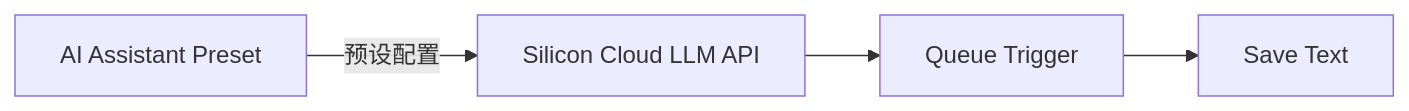
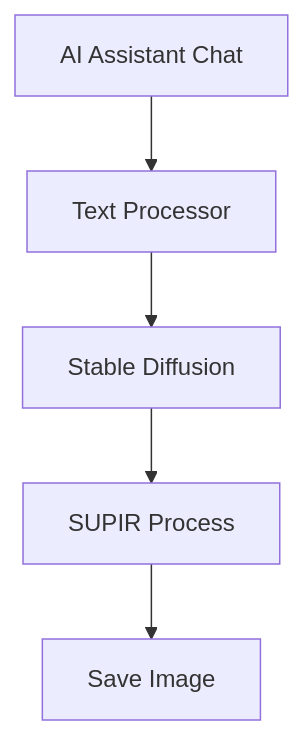
One commit to axunrun/Axun_Nodes changed the first of 6 diagrams in README.md. Above: the diagram before and after it, drawn with Mermaid. The commit also changed other lines of this file and 7 other files, not shown here.

Commit message:
feat: 新增文本处理节点和计数功能 1. 新增 text_processor 节点，支持文本拼接和计数 2. 优化 README 文档结构和内容 3. 更新 .gitignore 配置 4. 改进预设节点功能

````diff
--- a/README.md
+++ b/README.md
@@ -432,6 +184,7 @@
 ```mermaid
-graph LR
-    A[AI Assistant Preset] --> |预设配置| B[Silicon Cloud LLM API]
-    B --> C[Queue Trigger]
-    C --> D[Save Text]
+graph TD
+    A[AI Assistant Chat] --> B[Text Processor]
+    B --> C[Stable Diffusion]
+    C --> D[SUPIR Process]
+    D --> E[Save Image]
 ```
````
